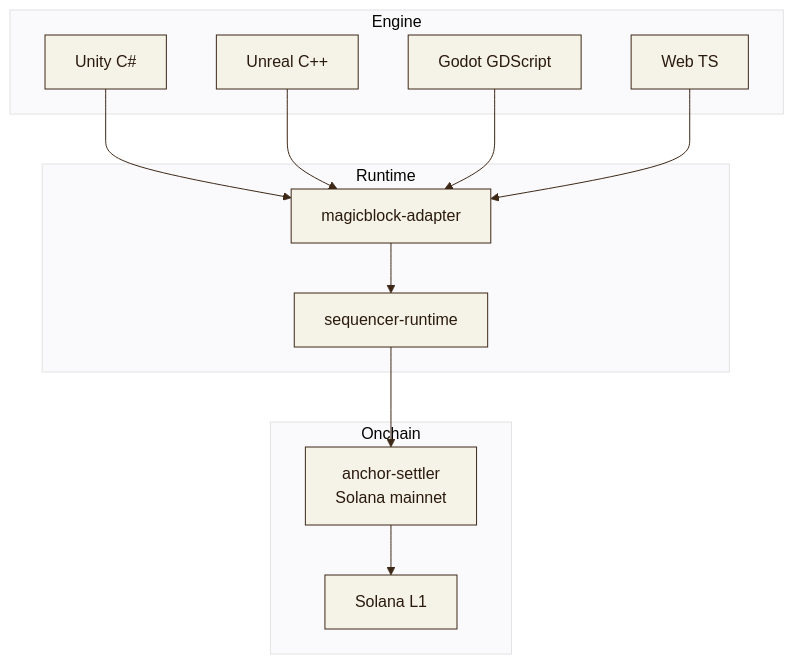
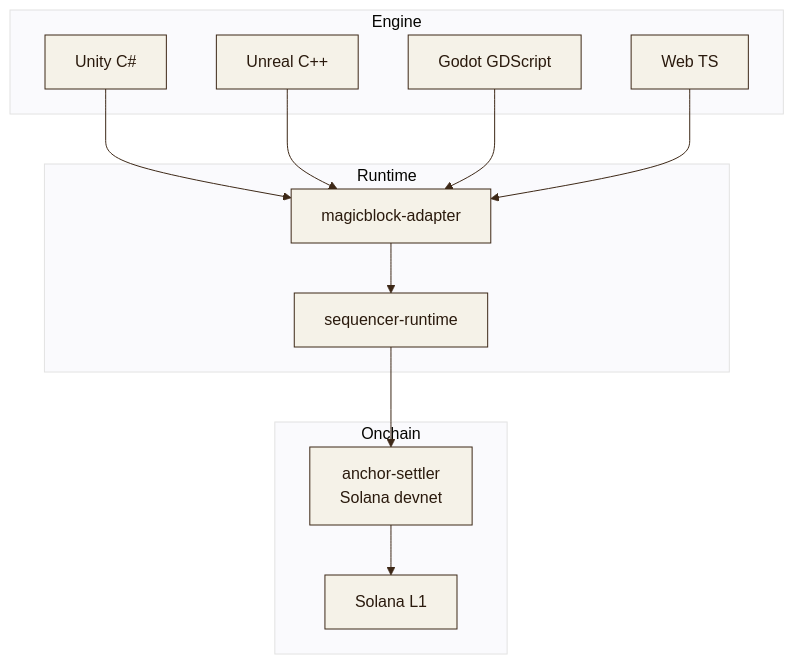
One commit to replalabs/repla-core changed the diagram in docs/architecture.md. Above: the diagram before and after it, drawn with Mermaid. The commit also changed other lines of this file, not shown here.

Commit message:
mark the settler as running on devnet in the architecture doc

````diff
--- a/docs/architecture.md
+++ b/docs/architecture.md
@@ -5,25 +5,25 @@
 ```mermaid
 %%{init: { 'theme': 'base', 'themeVariables': { 'primaryColor': '#F5F2E8', 'primaryTextColor': '#2A1A0D', 'primaryBorderColor': '#3D2817', 'lineColor': '#3D2817' }}}%%
 flowchart TD
   subgraph Engine
     U[Unity C#]
     R[Unreal C++]
     G[Godot GDScript]
     W[Web TS]
   end
   subgraph Runtime
     AD[magicblock-adapter]
     RT[sequencer-runtime]
   end
   subgraph Onchain
-    ST[anchor-settler<br/>Solana mainnet]
+    ST[anchor-settler<br/>Solana devnet]
     L1[Solana L1]
   end
   U --> AD
   R --> AD
   G --> AD
   W --> AD
   AD --> RT
   RT --> ST
   ST --> L1
 ```
````
